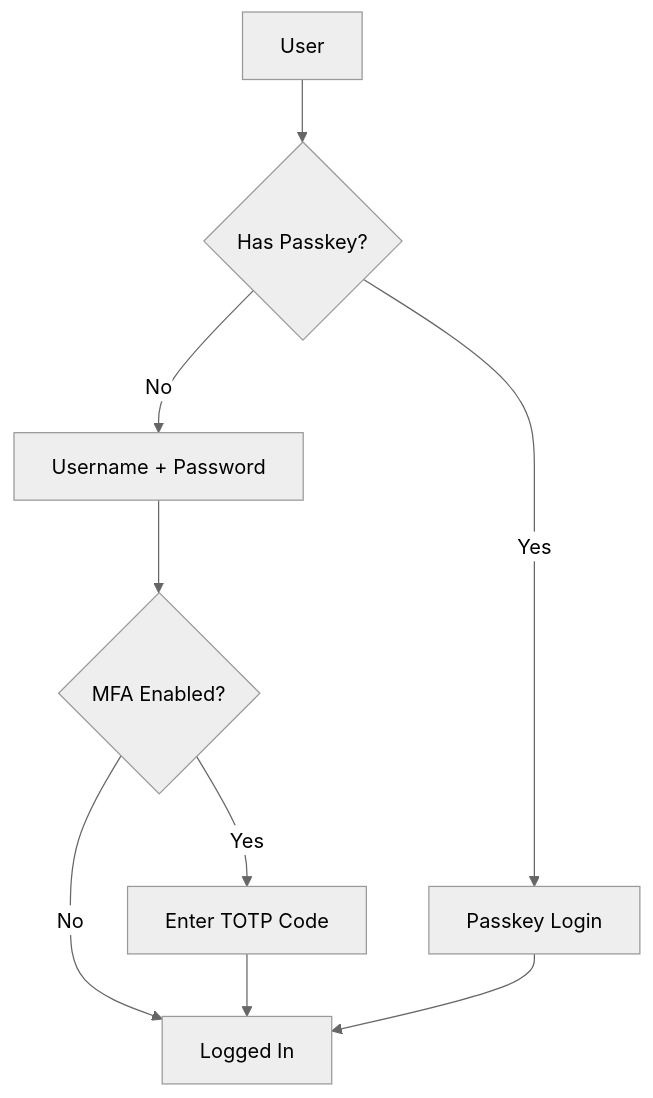
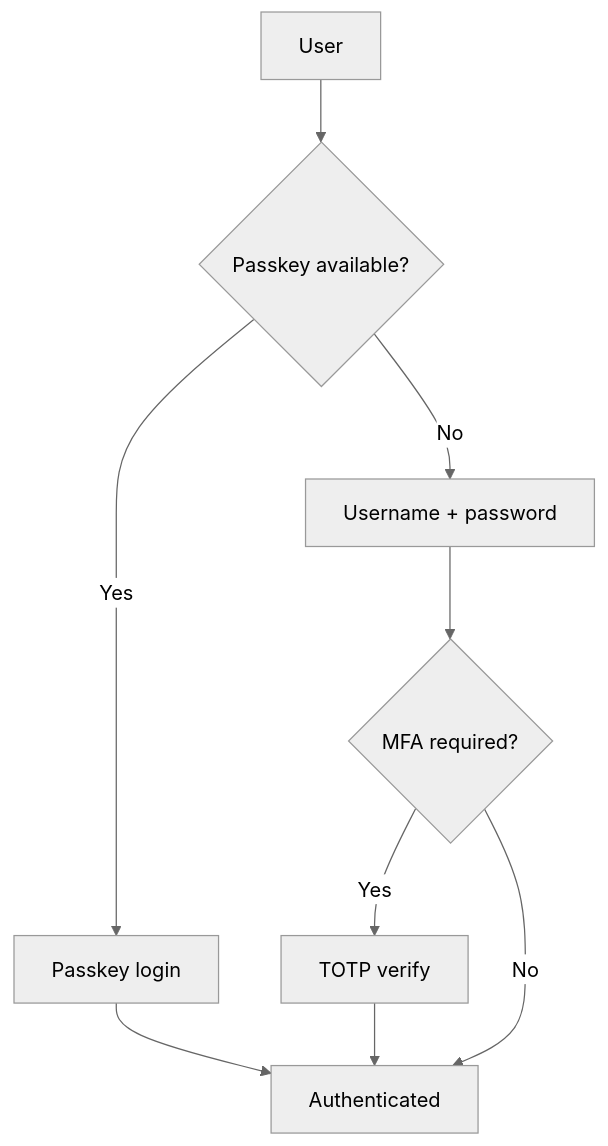
One commit to Gill-Bates/wirebuddy changed the diagram in docs/security/authentication.md. Above: the diagram before and after it, drawn with Mermaid (neutral theme). The commit also changed other lines of this file and 78 other files, not shown here.

````diff
--- a/docs/security/authentication.md
+++ b/docs/security/authentication.md
@@ -17,11 +15,11 @@
 ```mermaid
 graph TD
-    A[User] --> B{Has Passkey?}
-    B -->|Yes| C[Passkey Login]
-    B -->|No| D[Username + Password]
-    D --> E{MFA Enabled?}
-    E -->|Yes| F[Enter TOTP Code]
-    E -->|No| G[Logged In]
+    A[User] --> B{Passkey available?}
+    B -->|Yes| C[Passkey login]
+    B -->|No| D[Username + password]
+    D --> E{MFA required?}
+    E -->|Yes| F[TOTP verify]
+    E -->|No| G[Authenticated]
+    C --> G
     F --> G
-    C --> G
 ```
````
